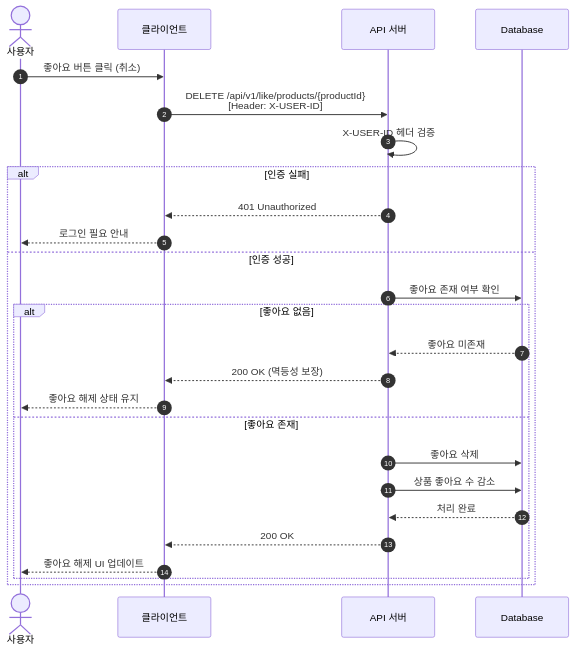
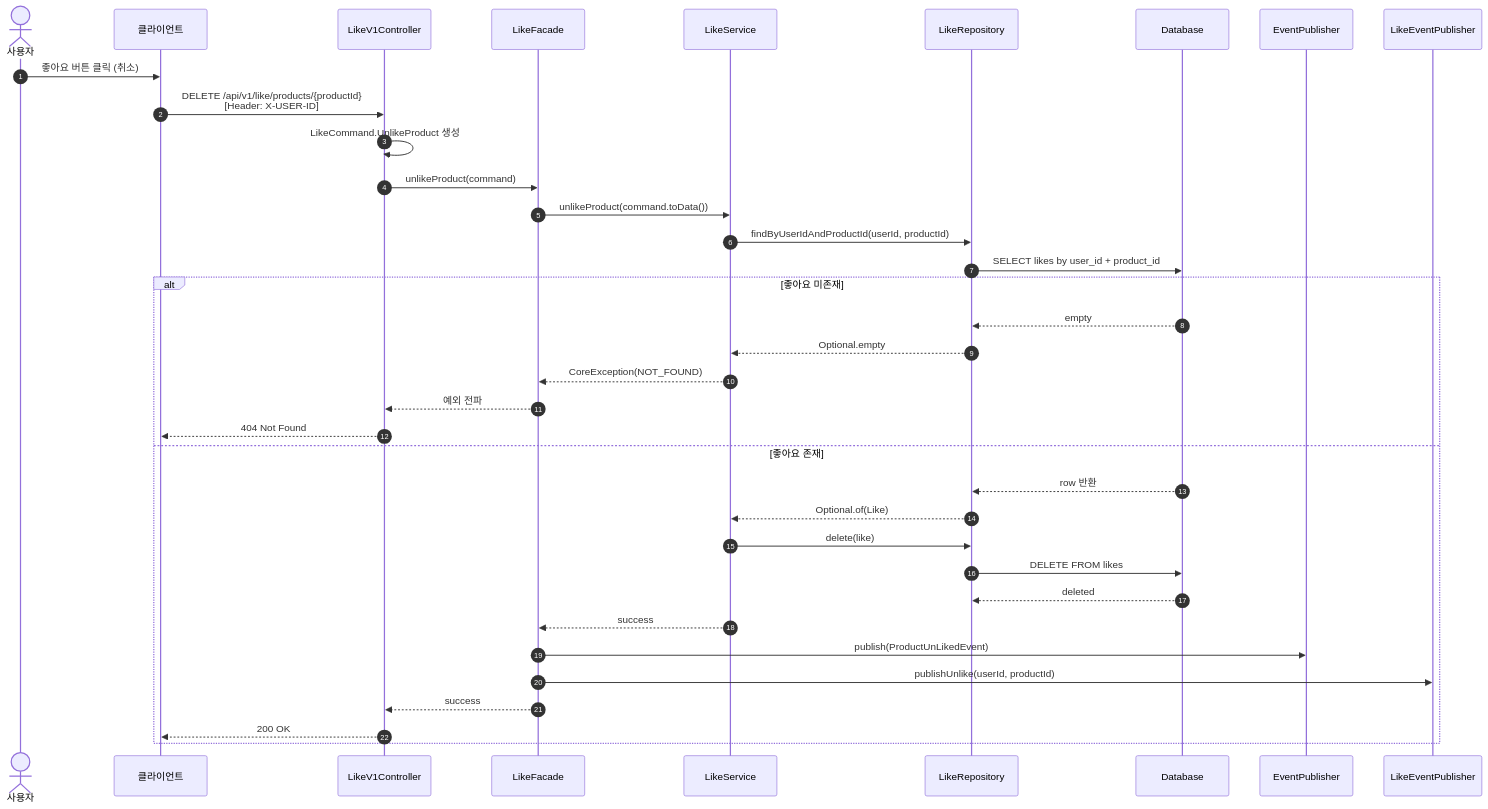
One commit to yht0827/my-commerce changed the ninth of 14 diagrams in docs/02-sequence-diagrams.md. Above: the diagram before and after it, drawn with Mermaid. The commit also changed other lines of this file and 16 other files, not shown here.

First line of the commit message:
:sparkles: feat: 좋아요 도메인 추가 및 API/비즈니스 로직 구현

````diff
--- a/docs/02-sequence-diagrams.md
+++ b/docs/02-sequence-diagrams.md
@@ -335,32 +335,40 @@
 ```mermaid
 sequenceDiagram
     autonumber
     actor User as 사용자
     participant Client as 클라이언트
-    participant Server as API 서버
+    participant Controller as LikeV1Controller
+    participant Facade as LikeFacade
+    participant Service as LikeService
+    participant Repository as LikeRepository
     participant DB as Database
+    participant EventBus as EventPublisher
+    participant Kafka as LikeEventPublisher
 
     User->>Client: 좋아요 버튼 클릭 (취소)
-    Client->>Server: DELETE /api/v1/like/products/{productId}<br/>[Header: X-USER-ID]
+    Client->>Controller: DELETE /api/v1/like/products/{productId}<br/>[Header: X-USER-ID]
+    Controller->>Controller: LikeCommand.UnlikeProduct 생성
+    Controller->>Facade: unlikeProduct(command)
+    Facade->>Service: unlikeProduct(command.toData())
+    Service->>Repository: findByUserIdAndProductId(userId, productId)
+    Repository->>DB: SELECT likes by user_id + product_id
 
-    Server->>Server: X-USER-ID 헤더 검증
-
-    alt 인증 실패
-        Server-->>Client: 401 Unauthorized
-        Client-->>User: 로그인 필요 안내
-    else 인증 성공
-        Server->>DB: 좋아요 존재 여부 확인
-
-        alt 좋아요 없음
-            DB-->>Server: 좋아요 미존재
-            Server-->>Client: 200 OK (멱등성 보장)
-            Client-->>User: 좋아요 해제 상태 유지
-        else 좋아요 존재
-            Server->>DB: 좋아요 삭제
-            Server->>DB: 상품 좋아요 수 감소
-            DB-->>Server: 처리 완료
-            Server-->>Client: 200 OK
-            Client-->>User: 좋아요 해제 UI 업데이트
-        end
+    alt 좋아요 미존재
+        DB-->>Repository: empty
+        Repository-->>Service: Optional.empty
+        Service-->>Facade: CoreException(NOT_FOUND)
+        Facade-->>Controller: 예외 전파
+        Controller-->>Client: 404 Not Found
+    else 좋아요 존재
+        DB-->>Repository: row 반환
+        Repository-->>Service: Optional.of(Like)
+        Service->>Repository: delete(like)
+        Repository->>DB: DELETE FROM likes
+        DB-->>Repository: deleted
+        Service-->>Facade: success
+        Facade->>EventBus: publish(ProductUnLikedEvent)
+        Facade->>Kafka: publishUnlike(userId, productId)
+        Facade-->>Controller: success
+        Controller-->>Client: 200 OK
     end
 ```
````
